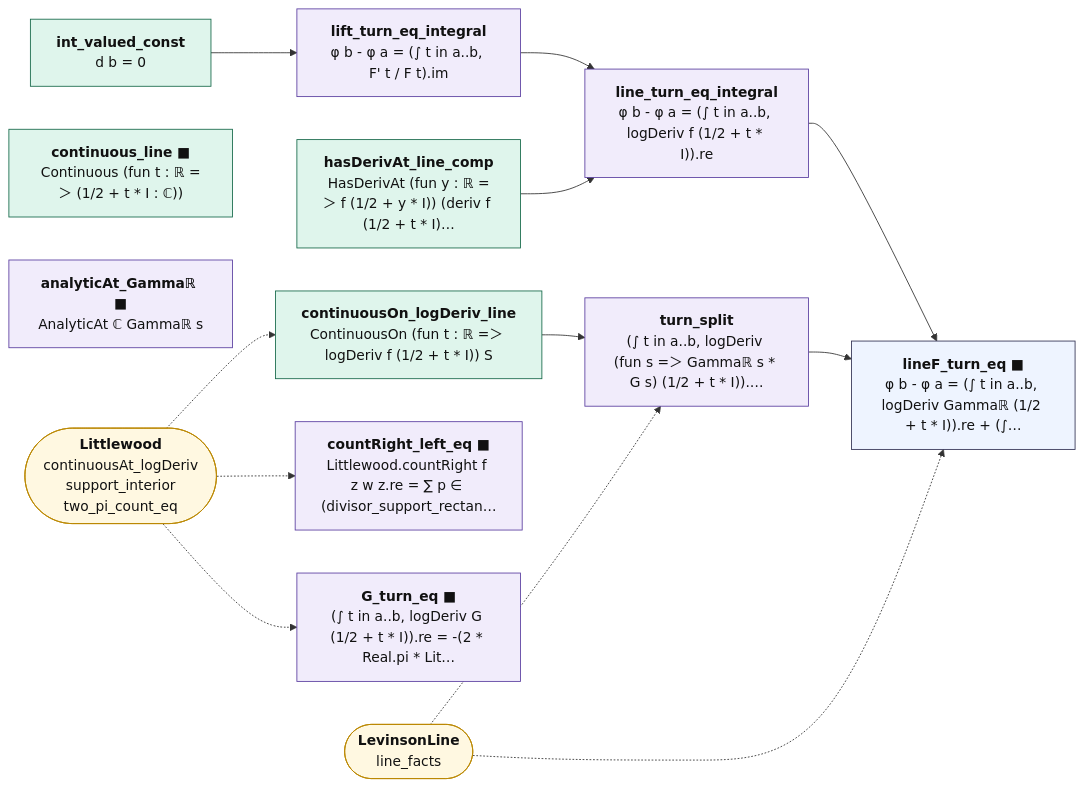
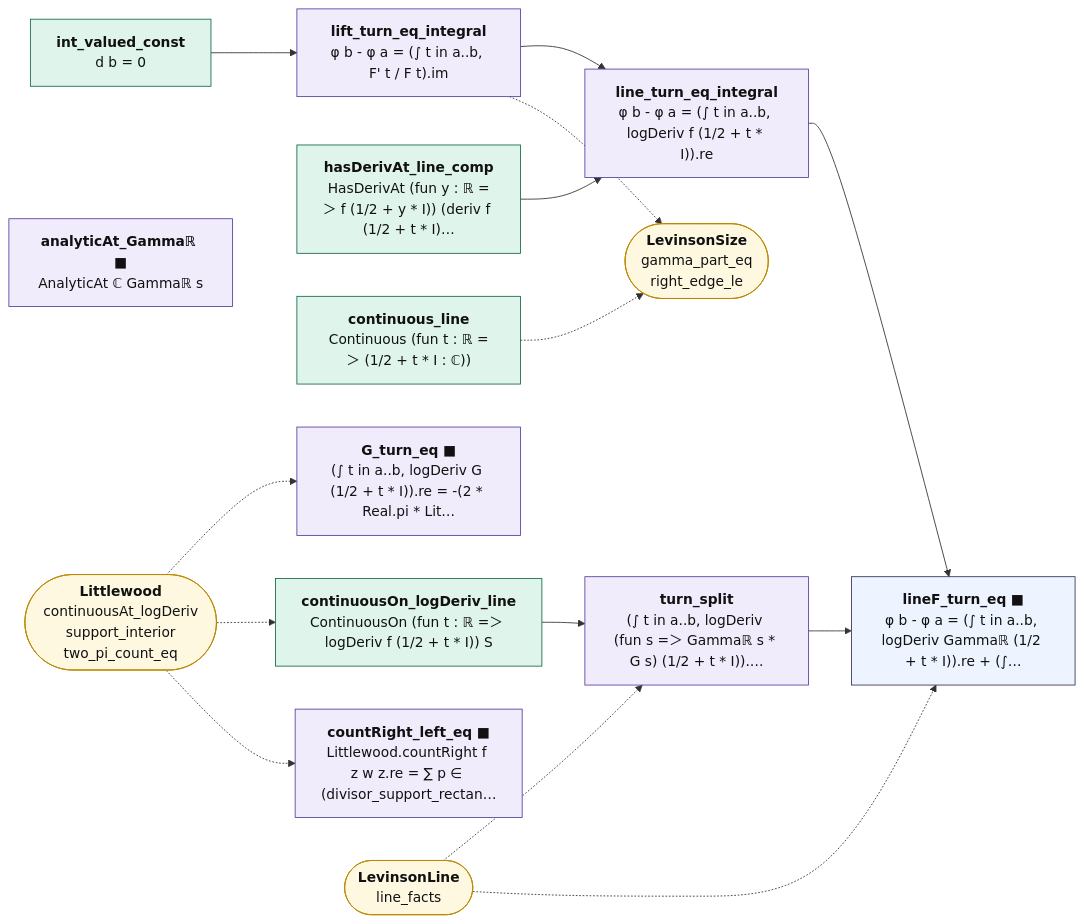
One commit to juliansambranojr/Primebeat_081426 changed the diagram in map/lean_stage3/LevinsonTurn.md. Above: the diagram before and after it, drawn with Mermaid. The commit also changed other lines of this file and 23 other files, not shown here.

````diff
--- a/map/lean_stage3/LevinsonTurn.md
+++ b/map/lean_stage3/LevinsonTurn.md
@@ -14,35 +14,38 @@
 ```mermaid
 flowchart LR
   n0["<b>int_valued_const</b><br/>d b = 0"]:::cnt
   n1["<b>lift_turn_eq_integral</b><br/>φ b - φ a = (∫ t in a..b, F' t / F t).im"]:::shp
   n2["<b>hasDerivAt_line_comp</b><br/>HasDerivAt (fun y : ℝ =＞ f (1/2 + y * I)) (deriv f (1/2 + t * I)…"]:::cnt
-  n3["<b>continuous_line ■</b><br/>Continuous (fun t : ℝ =＞ (1/2 + t * I : ℂ))"]:::cnt
+  n3["<b>continuous_line</b><br/>Continuous (fun t : ℝ =＞ (1/2 + t * I : ℂ))"]:::cnt
   n4["<b>line_turn_eq_integral</b><br/>φ b - φ a = (∫ t in a..b, logDeriv f (1/2 + t * I)).re"]:::shp
   n5["<b>continuousOn_logDeriv_line</b><br/>ContinuousOn (fun t : ℝ =＞ logDeriv f (1/2 + t * I)) S"]:::cnt
   n6["<b>analyticAt_Gammaℝ ■</b><br/>AnalyticAt ℂ Gammaℝ s"]:::shp
   n7["<b>turn_split</b><br/>(∫ t in a..b, logDeriv (fun s =＞ Gammaℝ s * G s) (1/2 + t * I)).…"]:::shp
   n8["<b>lineF_turn_eq ■</b><br/>φ b - φ a = (∫ t in a..b, logDeriv Gammaℝ (1/2 + t * I)).re + (∫…"]:::thm
   n9["<b>countRight_left_eq ■</b><br/>Littlewood.countRight f z w z.re = ∑ p ∈ (divisor_support_rectan…"]:::shp
   n10["<b>G_turn_eq ■</b><br/>(∫ t in a..b, logDeriv G (1/2 + t * I)).re = -(2 * Real.pi * Lit…"]:::shp
-  x0(["<b>Littlewood</b><br/>continuousAt_logDeriv<br/>support_interior<br/>two_pi_count_eq"]):::ext
-  x1(["<b>LevinsonLine</b><br/>line_facts"]):::ext
+  x0(["<b>LevinsonSize</b><br/>gamma_part_eq<br/>right_edge_le"]):::ext
+  x1(["<b>Littlewood</b><br/>continuousAt_logDeriv<br/>support_interior<br/>two_pi_count_eq"]):::ext
+  x2(["<b>LevinsonLine</b><br/>line_facts"]):::ext
   n0 --> n1
   n1 --> n4
   n2 --> n4
   n4 --> n8
   n5 --> n7
   n7 --> n8
-  x0 -.-> n10
-  x0 -.-> n5
-  x0 -.-> n9
-  x1 -.-> n7
-  x1 -.-> n8
+  n1 -.-> x0
+  n3 -.-> x0
+  x1 -.-> n10
+  x1 -.-> n5
+  x1 -.-> n9
+  x2 -.-> n7
+  x2 -.-> n8
   classDef cnt fill:#dff5ec,stroke:#17694a,color:#111
   classDef shp fill:#f1ecfb,stroke:#5b3fa0,color:#111
   classDef rh fill:#ffe5e5,stroke:#c22,color:#111,stroke-width:2px
   classDef thm fill:#eef4ff,stroke:#335,color:#111
   classDef end_ fill:#e7f7e7,stroke:#2a7,color:#111,stroke-width:2px
   classDef lone fill:#fff,stroke:#999,color:#111,stroke-dasharray:4 3
   classDef bad fill:#ffe5e5,stroke:#c22,color:#111,stroke-width:2px
   classDef ext fill:#fff8e1,stroke:#b80,color:#111
 ```
````
